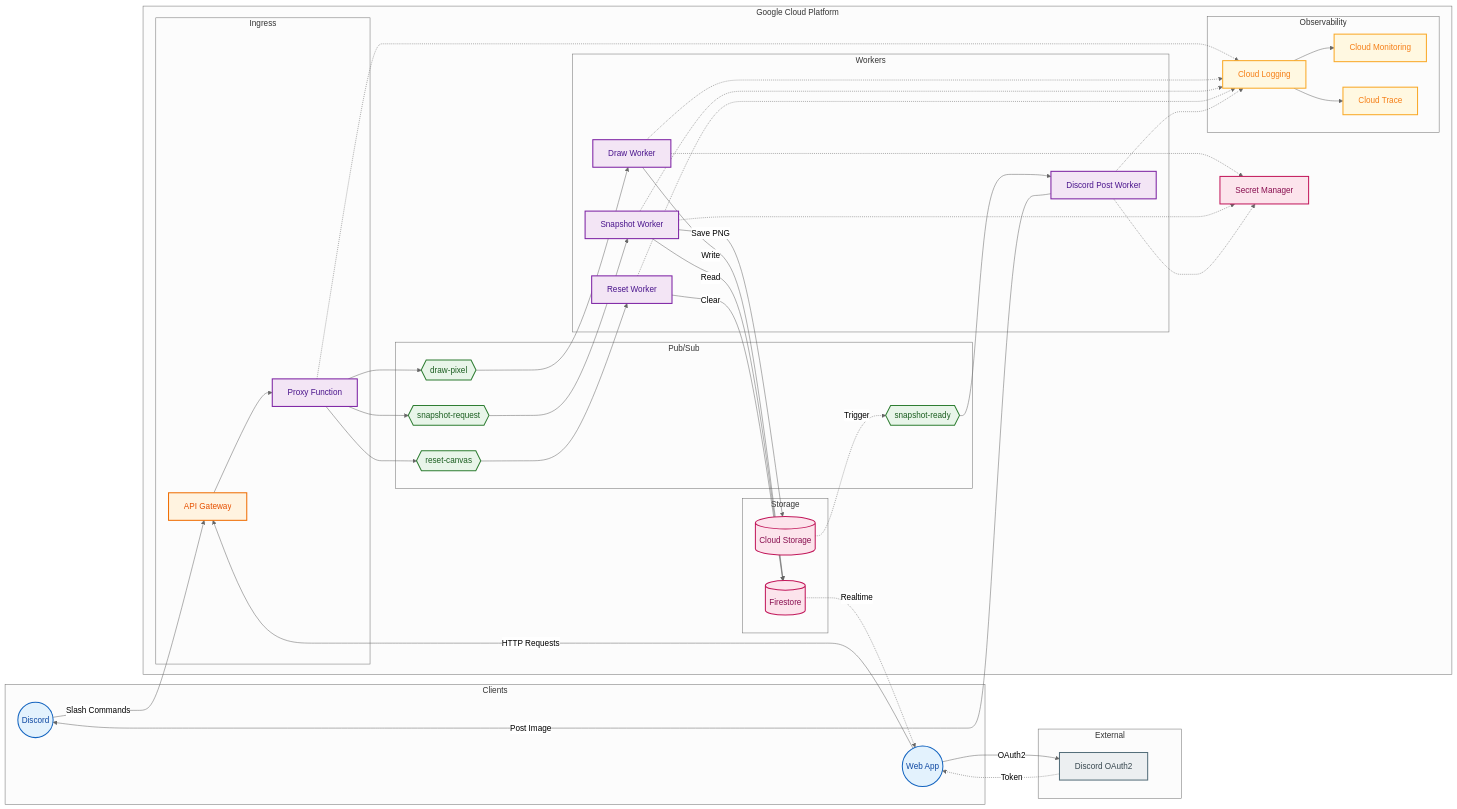
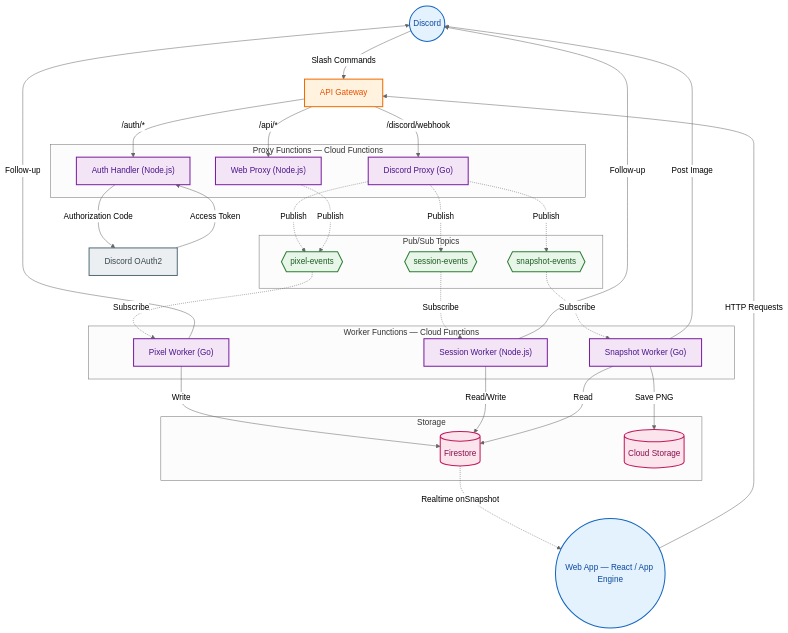
The first of 2 diagrams in docs/architecture.md (AxelDerbisz/Cloud-ServerLessTeam11), drawn with Mermaid (neutral theme) before and after one commit. The commit also changed other lines of this file and 2 other files, not shown here.

Commit message:
feat: docs updated

````diff
--- a/docs/architecture.md
+++ b/docs/architecture.md
@@ -3,90 +5,74 @@
 ```mermaid
-graph LR
+graph TD
     classDef client fill:#e3f2fd,stroke:#1565c0,stroke-width:2px,color:#0d47a1
     classDef gateway fill:#fff3e0,stroke:#ef6c00,stroke-width:2px,color:#e65100
     classDef function fill:#f3e5f5,stroke:#7b1fa2,stroke-width:2px,color:#4a148c
     classDef topic fill:#e8f5e9,stroke:#2e7d32,stroke-width:2px,color:#1b5e20
     classDef storage fill:#fce4ec,stroke:#c2185b,stroke-width:2px,color:#880e4f
     classDef external fill:#eceff1,stroke:#546e7a,stroke-width:2px,color:#37474f
-    classDef monitoring fill:#fff8e1,stroke:#f9a825,stroke-width:2px,color:#f57f17
 
-    subgraph Clients
-        Discord(("Discord")):::client
-        Web(("Web App")):::client
-    end
+    %% --- Clients ---
+    Discord(("Discord")):::client
+    Web(("Web App — React / App Engine")):::client
 
-    subgraph External
-        OAuth["Discord OAuth2"]:::external
-    end
-
-    subgraph GCP ["Google Cloud Platform"]
-        subgraph Ingress
-            GW["API Gateway"]:::gateway
-            Proxy["Proxy Function"]:::function
-        end
-
-        subgraph EventBus ["Pub/Sub"]
-            T_Draw{{"draw-pixel"}}:::topic
-            T_Snap{{"snapshot-request"}}:::topic
-            T_Reset{{"reset-canvas"}}:::topic
-            T_Ready{{"snapshot-ready"}}:::topic
-        end
-
-        subgraph Workers
-            W_Draw["Draw Worker"]:::function
-            W_Snap["Snapshot Worker"]:::function
-            W_Reset["Reset Worker"]:::function
-            W_Post["Discord Post Worker"]:::function
-        end
-
-        subgraph Storage
-            DB[("Firestore")]:::storage
-            Bucket[("Cloud Storage")]:::storage
-        end
-
-        subgraph Observability
-            Logging["Cloud Logging"]:::monitoring
-            Monitoring["Cloud Monitoring"]:::monitoring
-            Trace["Cloud Trace"]:::monitoring
-        end
-
-        Secrets["Secret Manager"]:::storage
-    end
-
-    Web -->|OAuth2| OAuth
-    OAuth -.->|Token| Web
+    %% --- API Gateway ---
+    GW["API Gateway"]:::gateway
 
     Discord -->|Slash Commands| GW
     Web -->|HTTP Requests| GW
-    GW --> Proxy
 
-    Proxy --> T_Draw
-    Proxy --> T_Snap
-    Proxy --> T_Reset
+    %% --- Proxies ---
+    subgraph Proxies ["Proxy Functions — Cloud Functions"]
+        DP["Discord Proxy (Go)"]:::function
+        AH["Auth Handler (Node.js)"]:::function
+        WP["Web Proxy (Node.js)"]:::function
+    end
 
-    T_Draw --> W_Draw
-    T_Snap --> W_Snap
-    T_Reset --> W_Reset
-    T_Ready --> W_Post
+    GW -->|/discord/webhook| DP
+    GW -->|/auth/*| AH
+    GW -->|/api/*| WP
 
-    W_Draw -->|Write| DB
+    OAuth["Discord OAuth2"]:::external
+    AH -->|Authorization Code| OAuth
+    OAuth -->|Access Token| AH
+
+    %% --- Pub/Sub ---
+    subgraph EventBus ["Pub/Sub Topics"]
+        T_Pixel{{"pixel-events"}}:::topic
+        T_Session{{"session-events"}}:::topic
+        T_Snap{{"snapshot-events"}}:::topic
+    end
+
+    DP -.->|Publish| T_Pixel
+    DP -.->|Publish| T_Session
+    DP -.->|Publish| T_Snap
+    WP -.->|Publish| T_Pixel
+
+    %% --- Workers ---
+    subgraph Workers ["Worker Functions — Cloud Functions"]
+        W_Pixel["Pixel Worker (Go)"]:::function
+        W_Snap["Snapshot Worker (Go)"]:::function
+        W_Session["Session Worker (Node.js)"]:::function
+    end
+
+    T_Pixel -.->|Subscribe| W_Pixel
+    T_Session -.->|Subscribe| W_Session
+    T_Snap -.->|Subscribe| W_Snap
+
+    %% --- Storage ---
+    subgraph Storage
+        DB[("Firestore")]:::storage
+        Bucket[("Cloud Storage")]:::storage
+    end
+
+    W_Pixel -->|Write| DB
+    W_Session -->|Read/Write| DB
     W_Snap -->|Read| DB
     W_Snap -->|Save PNG| Bucket
-    W_Reset -->|Clear| DB
-    W_Post -->|Post Image| Discord
 
-    Bucket -.->|Trigger| T_Ready
-    DB -.->|Realtime| Web
-
-    W_Draw -.-> Secrets
-    W_Snap -.-> Secrets
-    W_Post -.-> Secrets
-
-    Proxy -.-> Logging
-    W_Draw -.-> Logging
-    W_Snap -.-> Logging
-    W_Reset -.-> Logging
-    W_Post -.-> Logging
-    Logging --> Monitoring
-    Logging --> Trace
+    %% --- Feedback to clients ---
+    W_Pixel -->|Follow-up| Discord
+    W_Snap -->|Post Image| Discord
+    W_Session -->|Follow-up| Discord
+    DB -.->|Realtime onSnapshot| Web
 ```
````
